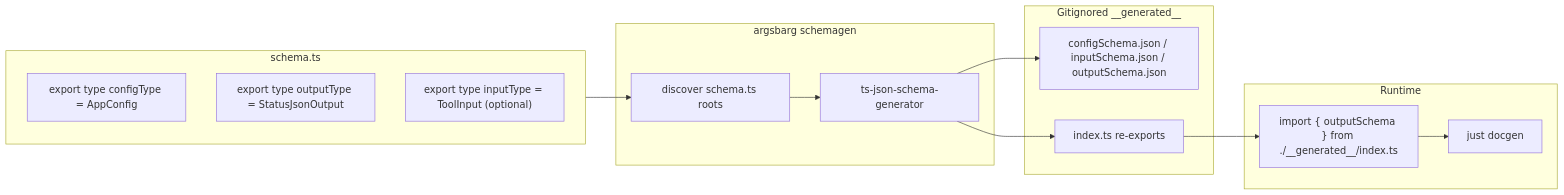
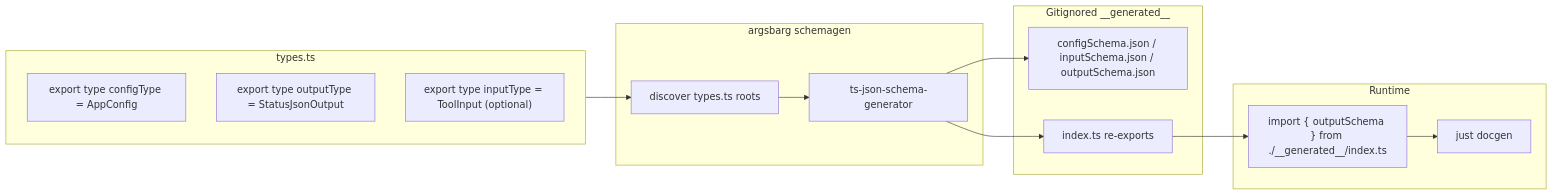
Before and after one commit to bdombro/bun-argsbarg: the diagram in docs/output-schema.md, drawn with Mermaid. The commit also changed other lines of this file and 30 other files, not shown here.

````diff
--- a/docs/output-schema.md
+++ b/docs/output-schema.md
@@ -51,22 +51,22 @@
 ```mermaid
 flowchart LR
-  subgraph types [schema.ts]
+  subgraph types [types.ts]
     Config["export type configType = AppConfig"]
     Output["export type outputType = StatusJsonOutput"]
     Input["export type inputType = ToolInput (optional)"]
   end
   subgraph gen [argsbarg schemagen]
-    Discover["discover schema.ts roots"]
+    Discover["discover types.ts roots"]
     Gen["ts-json-schema-generator"]
   end
   subgraph artifacts [Gitignored __generated__]
     Json["configSchema.json / inputSchema.json / outputSchema.json"]
     Index["index.ts re-exports"]
   end
   subgraph runtime [Runtime]
     Leaves["import { outputSchema } from ./__generated__/index.ts"]
     Docgen["just docgen"]
   end
   types --> Discover --> Gen --> Json
   Gen --> Index --> Leaves --> Docgen
 ```
````
